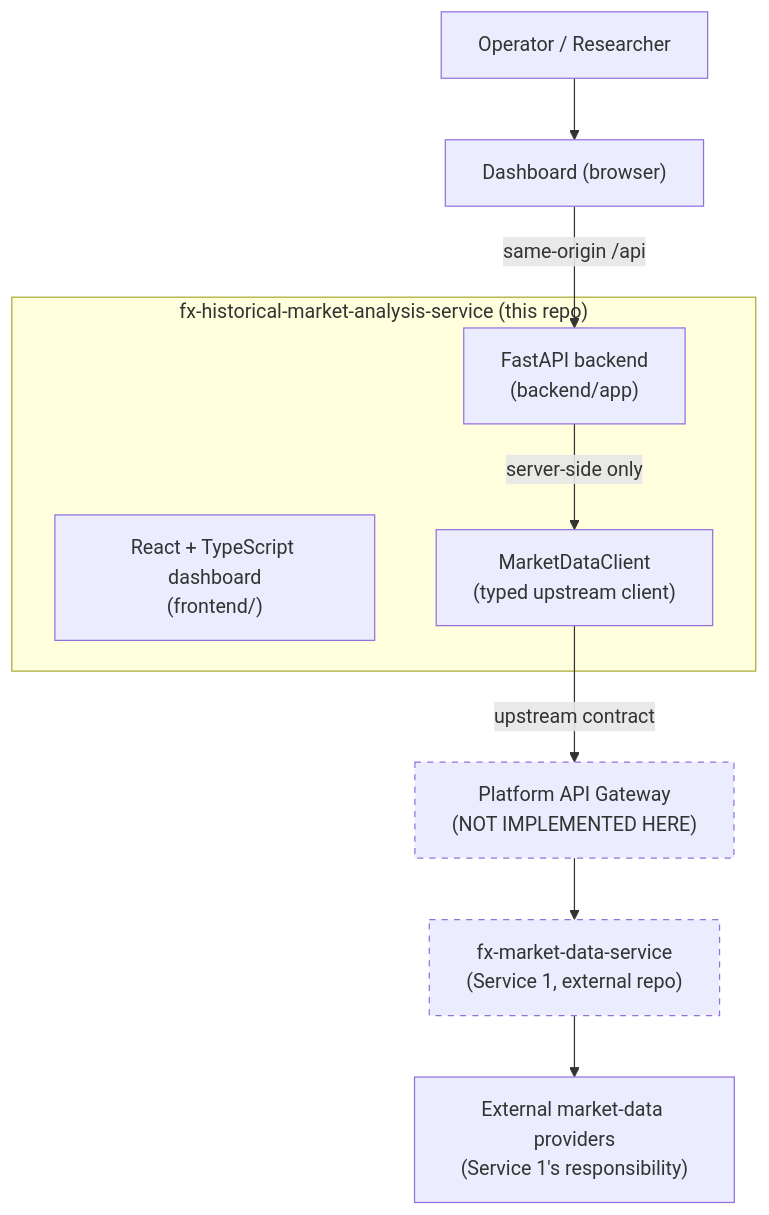
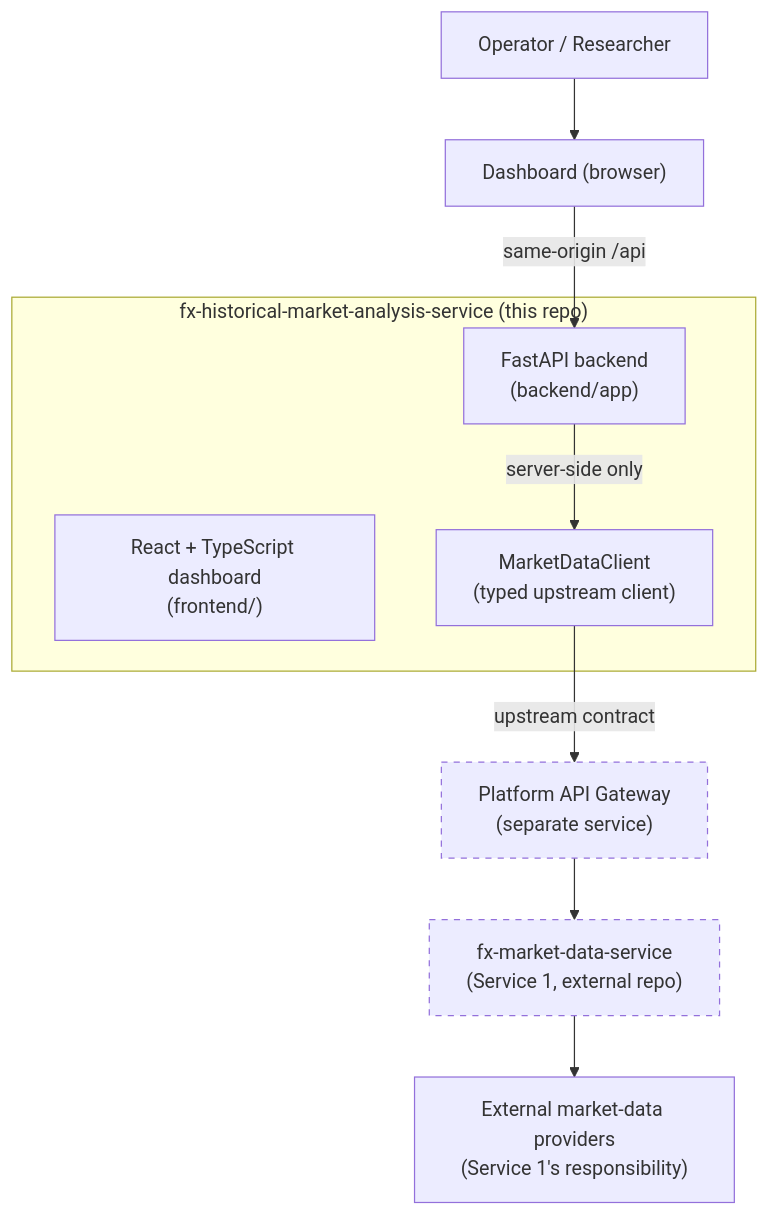
The diagram in docs/architecture.md (gavlixdt-tech/fx-historical-market-analysis-service), drawn with Mermaid before and after one commit. The commit also changed other lines of this file and 36 other files, not shown here.

````diff
--- a/docs/architecture.md
+++ b/docs/architecture.md
@@ -19,25 +20,25 @@
 ```mermaid
 graph TB
     Operator["Operator / Researcher"]
     Browser["Dashboard (browser)"]
 
     subgraph Service2["fx-historical-market-analysis-service (this repo)"]
         FE["React + TypeScript dashboard<br/>(frontend/)"]
         BE["FastAPI backend<br/>(backend/app)"]
         Client["MarketDataClient<br/>(typed upstream client)"]
     end
 
-    Gateway["Platform API Gateway<br/>(NOT IMPLEMENTED HERE)"]
+    Gateway["Platform API Gateway<br/>(separate service)"]
     Service1["fx-market-data-service<br/>(Service 1, external repo)"]
     Provider["External market-data providers<br/>(Service 1's responsibility)"]
 
     Operator --> Browser
     Browser -->|"same-origin /api"| BE
     BE -->|"server-side only"| Client
     Client -->|"upstream contract"| Gateway
     Gateway --> Service1
     Service1 --> Provider
 
     style Gateway stroke-dasharray: 5 5
     style Service1 stroke-dasharray: 5 5
 ```
````
